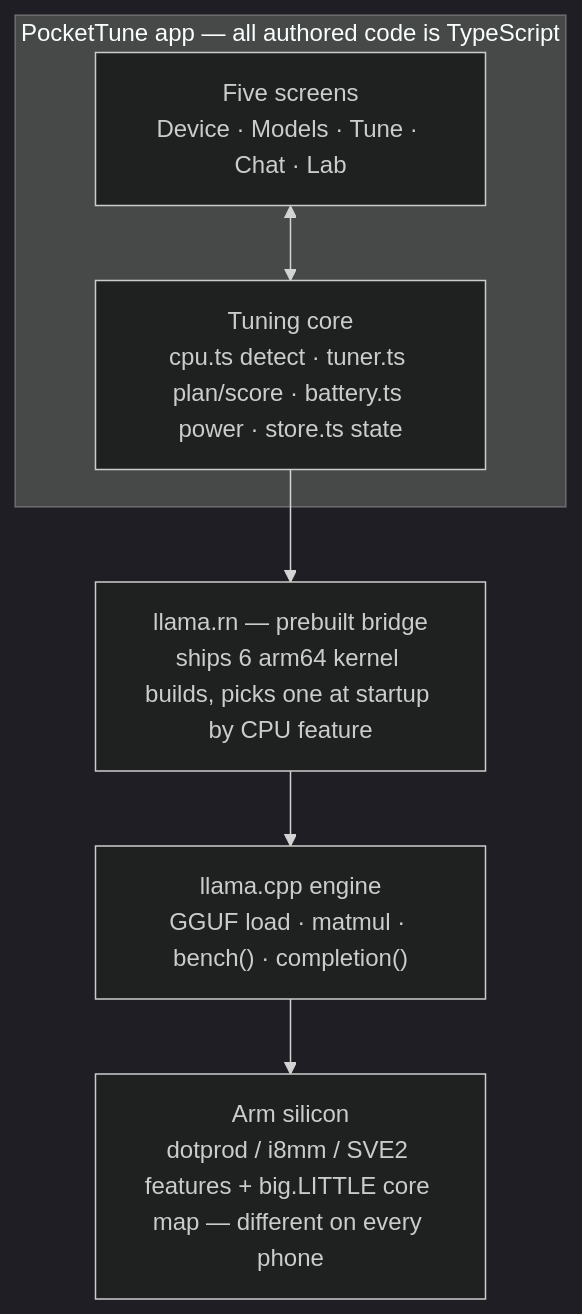
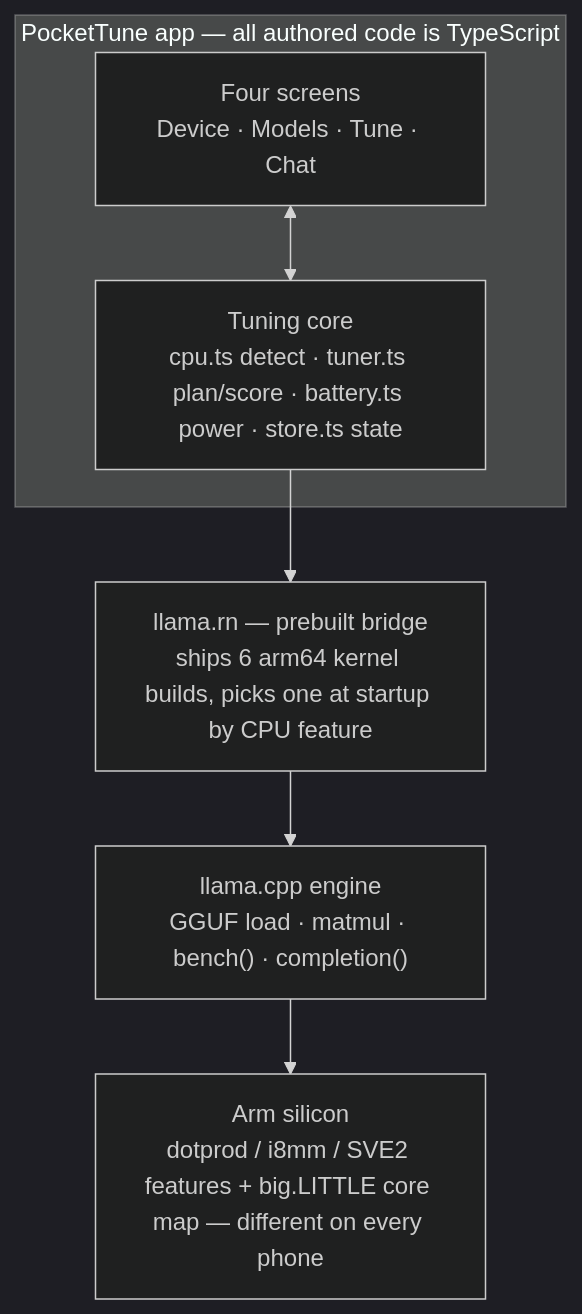
Before and after one commit to ayanbag/PocketTune: the first of 3 diagrams in README.md, drawn with Mermaid (dark theme). The commit also changed other lines of this file and 13 other files, not shown here.

````diff
--- a/README.md
+++ b/README.md
@@ -133,11 +136,11 @@
 ```mermaid
 flowchart TD
     subgraph TS["PocketTune app — all authored code is TypeScript"]
-        UI["Five screens<br/>Device · Models · Tune · Chat · Lab"]
+        UI["Four screens<br/>Device · Models · Tune · Chat"]
         CORE["Tuning core<br/>cpu.ts detect · tuner.ts plan/score · battery.ts power · store.ts state"]
         UI <--> CORE
     end
     CORE --> RN["llama.rn — prebuilt bridge<br/>ships 6 arm64 kernel builds, picks one at startup by CPU feature"]
     RN --> CPP["llama.cpp engine<br/>GGUF load · matmul · bench() · completion()"]
     CPP --> SI["Arm silicon<br/>dotprod / i8mm / SVE2 features + big.LITTLE core map — different on every phone"]
 ```
````
